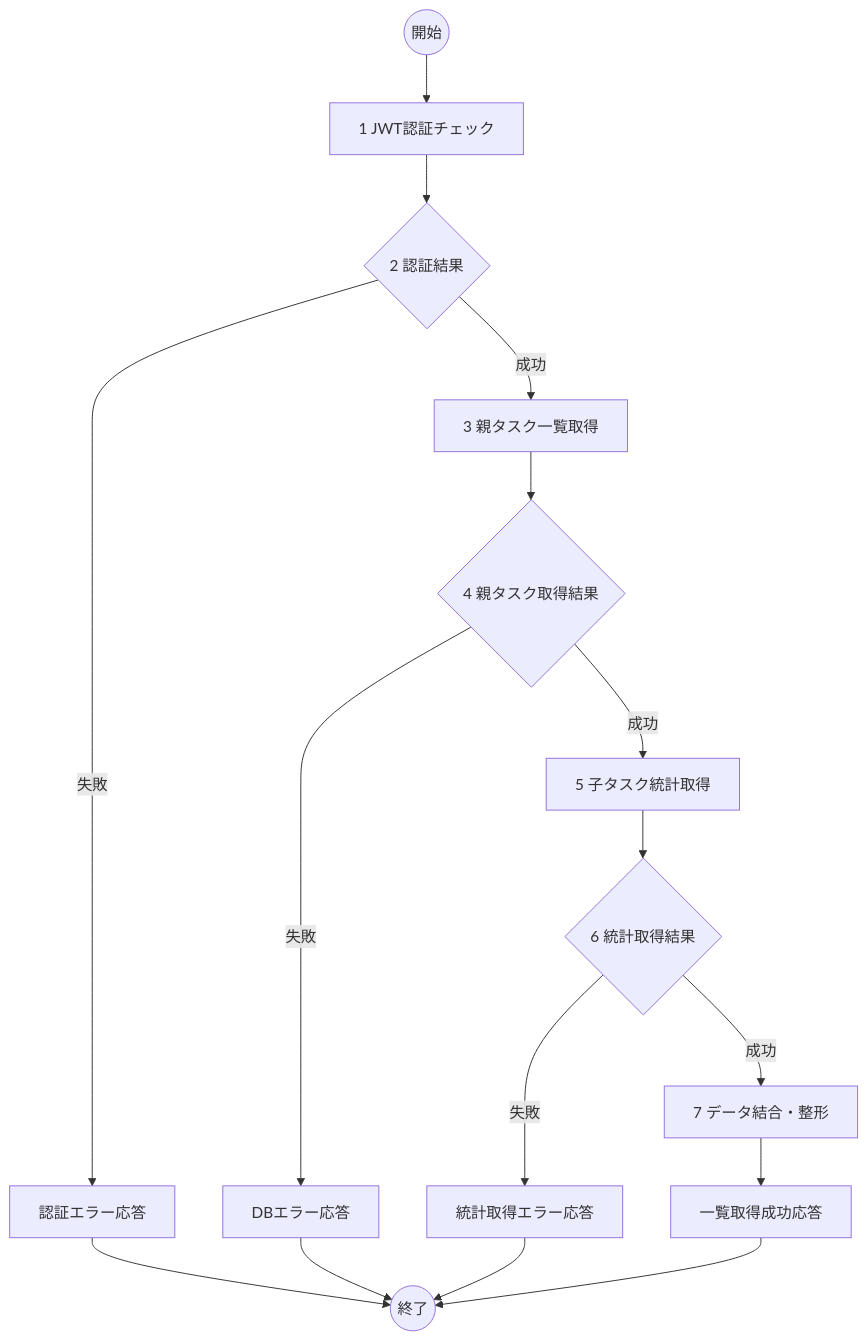
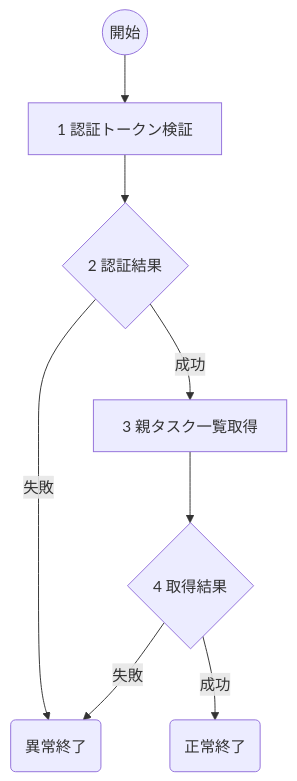
The second of 2 diagrams in sample/detail/func/親タスク一覧表示.T03.md (HatoriIchigo/C3-cli-full), drawn with Mermaid before and after one commit. The commit also changed other lines of this file and 31 other files, not shown here.

````diff
--- a/sample/detail/func/親タスク一覧表示.T03.md
+++ b/sample/detail/func/親タスク一覧表示.T03.md
@@ -35,18 +28,10 @@
 ```mermaid
 graph TD;
-    Start((開始)) --> AuthCheck[1 JWT認証チェック];
-    AuthCheck --> AuthResult{2 認証結果};
-    AuthResult -- 失敗 --> AuthError[認証エラー応答];
-    AuthResult -- 成功 --> ParentTaskGet[3 親タスク一覧取得];
-    ParentTaskGet --> ParentResult{4 親タスク取得結果};
-    ParentResult -- 失敗 --> DatabaseError[DBエラー応答];
-    ParentResult -- 成功 --> ChildStatsGet[5 子タスク統計取得];
-    ChildStatsGet --> StatsResult{6 統計取得結果};
-    StatsResult -- 失敗 --> StatsError[統計取得エラー応答];
-    StatsResult -- 成功 --> DataMerge[7 データ結合・整形];
-    DataMerge --> Success[一覧取得成功応答];
-    AuthError --> End((終了));
-    DatabaseError --> End;
-    StatsError --> End;
-    Success --> End;
+    Start((開始)) --> TokenCheck[1 認証トークン検証];
+    TokenCheck --> TokenResult{2 認証結果};
+    TokenResult -- 失敗 --> Fail(異常終了);
+    TokenResult -- 成功 --> TaskQuery[3 親タスク一覧取得];
+    TaskQuery --> QueryResult{4 取得結果};
+    QueryResult -- 失敗 --> Fail;
+    QueryResult -- 成功 --> Success(正常終了);
 ```
````
